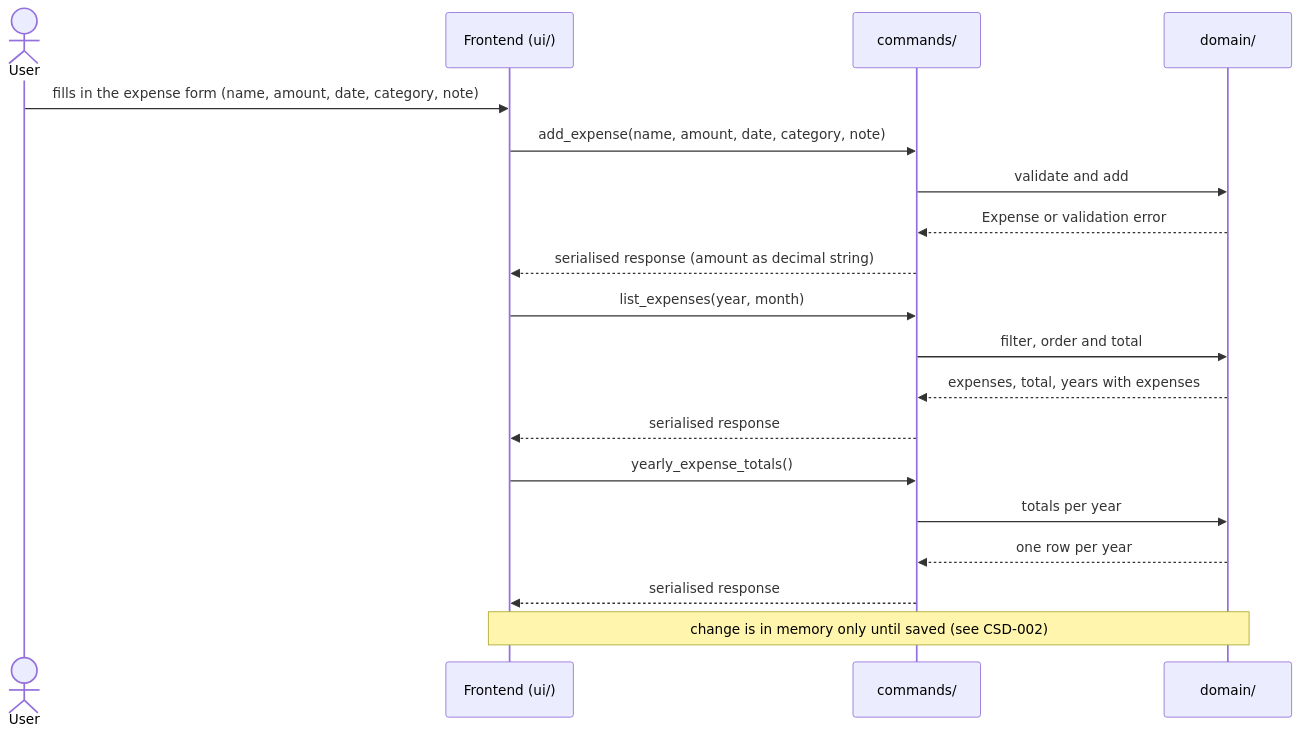
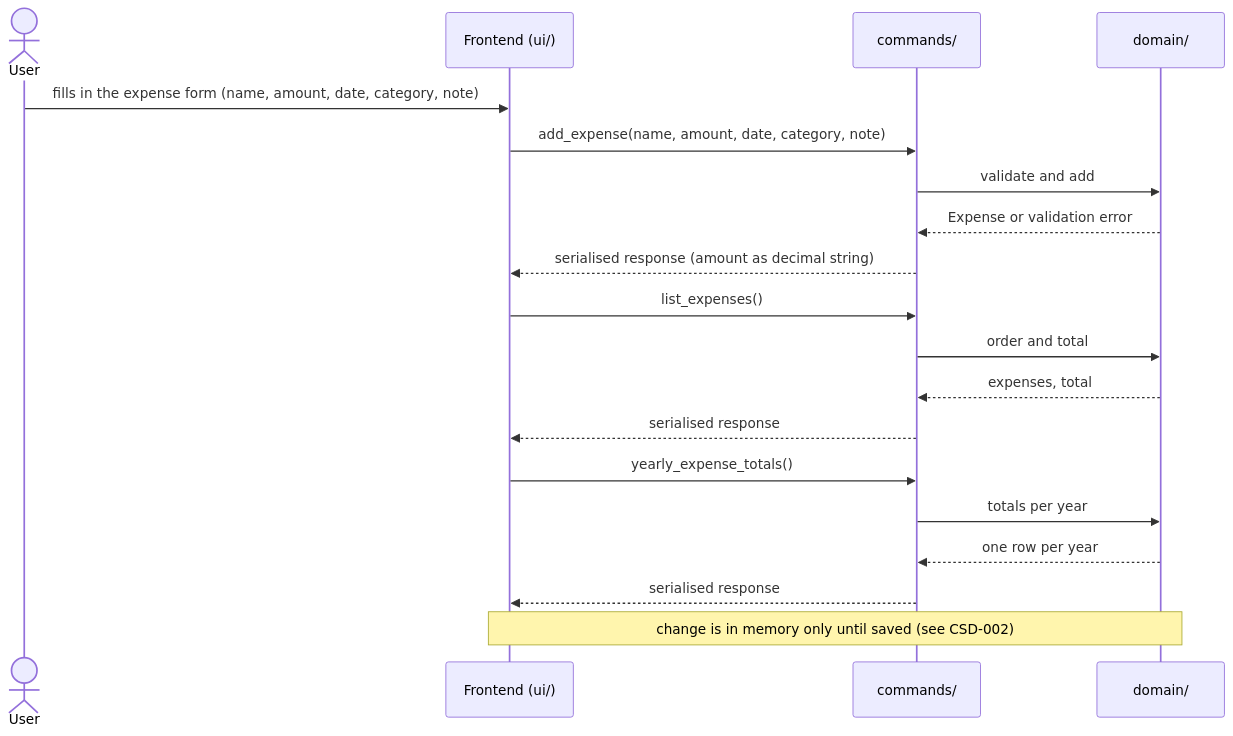
Before and after one commit to BardoelT/personal-finance: the first of 2 diagrams in docs/csd/CSD-013-expenses.md, drawn with Mermaid. The commit also changed other lines of this file and 13 other files, not shown here.

Commit message:
docs: update the CSDs for no counts, no expense filter and consistent insights charts

````diff
--- a/docs/csd/CSD-013-expenses.md
+++ b/docs/csd/CSD-013-expenses.md
@@ -57,21 +56,21 @@
 ```mermaid
 sequenceDiagram
     actor U as User
     participant UI as Frontend (ui/)
     participant CMD as commands/
     participant DOM as domain/
     U->>UI: fills in the expense form (name, amount, date, category, note)
     UI->>CMD: add_expense(name, amount, date, category, note)
     CMD->>DOM: validate and add
     DOM-->>CMD: Expense or validation error
     CMD-->>UI: serialised response (amount as decimal string)
-    UI->>CMD: list_expenses(year, month)
-    CMD->>DOM: filter, order and total
-    DOM-->>CMD: expenses, total, years with expenses
+    UI->>CMD: list_expenses()
+    CMD->>DOM: order and total
+    DOM-->>CMD: expenses, total
     CMD-->>UI: serialised response
     UI->>CMD: yearly_expense_totals()
     CMD->>DOM: totals per year
     DOM-->>CMD: one row per year
     CMD-->>UI: serialised response
     Note over UI,DOM: change is in memory only until saved (see CSD-002)
 ```
````
